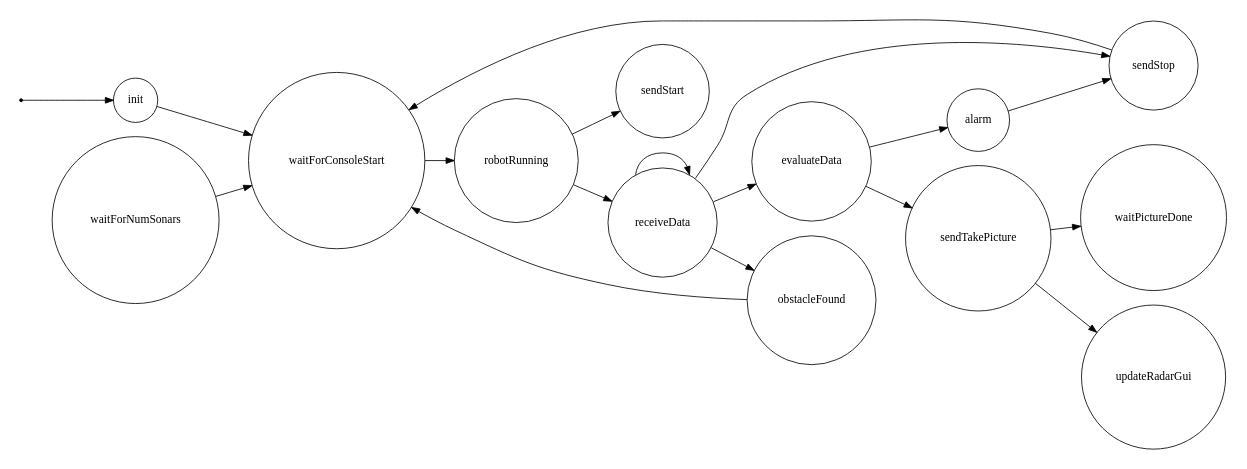
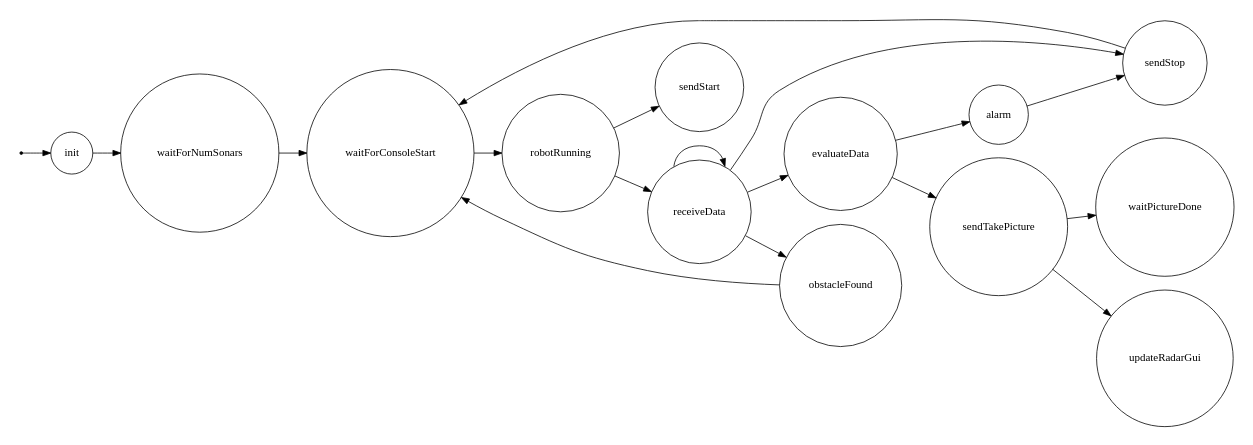
Before and after one commit to piercosta/mengoli: the diagram in build/distributions/it.unibo.ctxRobot.MainCtxRobot-1.0/srcMore/it/unibo/logic_controller/dotFsm.gv, drawn with Graphviz. The commit also changed 50 other files, not shown here.

```diff
--- a/build/distributions/it.unibo.ctxRobot.MainCtxRobot-1.0/srcMore/it/unibo/logic_controller/dotFsm.gv
+++ b/build/distributions/it.unibo.ctxRobot.MainCtxRobot-1.0/srcMore/it/unibo/logic_controller/dotFsm.gv
@@ -1,44 +1,44 @@
 /*
 *
 * A GraphViz DOT FSM description 
 * Please use a GraphViz visualizer (like http://www.webgraphviz.com)
 * 
 * Generated by AM,NC,RM
 *  
 */
  
 digraph finite_state_machine {
   	rankdir=LR;
   	size="8,5"
   	node [shape = point]; iniziale;
   	node [shape = doublecircle]; 
   	node [shape = circle];
   	iniziale -> init [label = ""];
   	
   	
-  	init -> waitForConsoleStart [ label = ""];
+  	init -> waitForNumSonars [ label = ""];
   	
   	waitForNumSonars -> waitForConsoleStart [ label = ""];
   	
   	waitForConsoleStart -> robotRunning [ label = ""];
   	
   	robotRunning -> sendStart [ label = ""];
   	robotRunning -> receiveData [ label = ""];
   	
   	receiveData -> obstacleFound [ label = ""];
   	receiveData -> sendStop [ label = ""];
   	receiveData -> evaluateData [ label = ""];
   	receiveData -> receiveData [ label = ""];
   	
   	evaluateData -> sendTakePicture [ label = ""];
   	evaluateData -> alarm [ label = ""];
   	
   	alarm -> sendStop [ label = ""];
   	
   	obstacleFound -> waitForConsoleStart [ label = ""];
   	
   	sendStop -> waitForConsoleStart [ label = ""];
   	
   	sendTakePicture -> updateRadarGui [ label = ""];
   	sendTakePicture -> waitPictureDone [ label = ""];
 }
```
